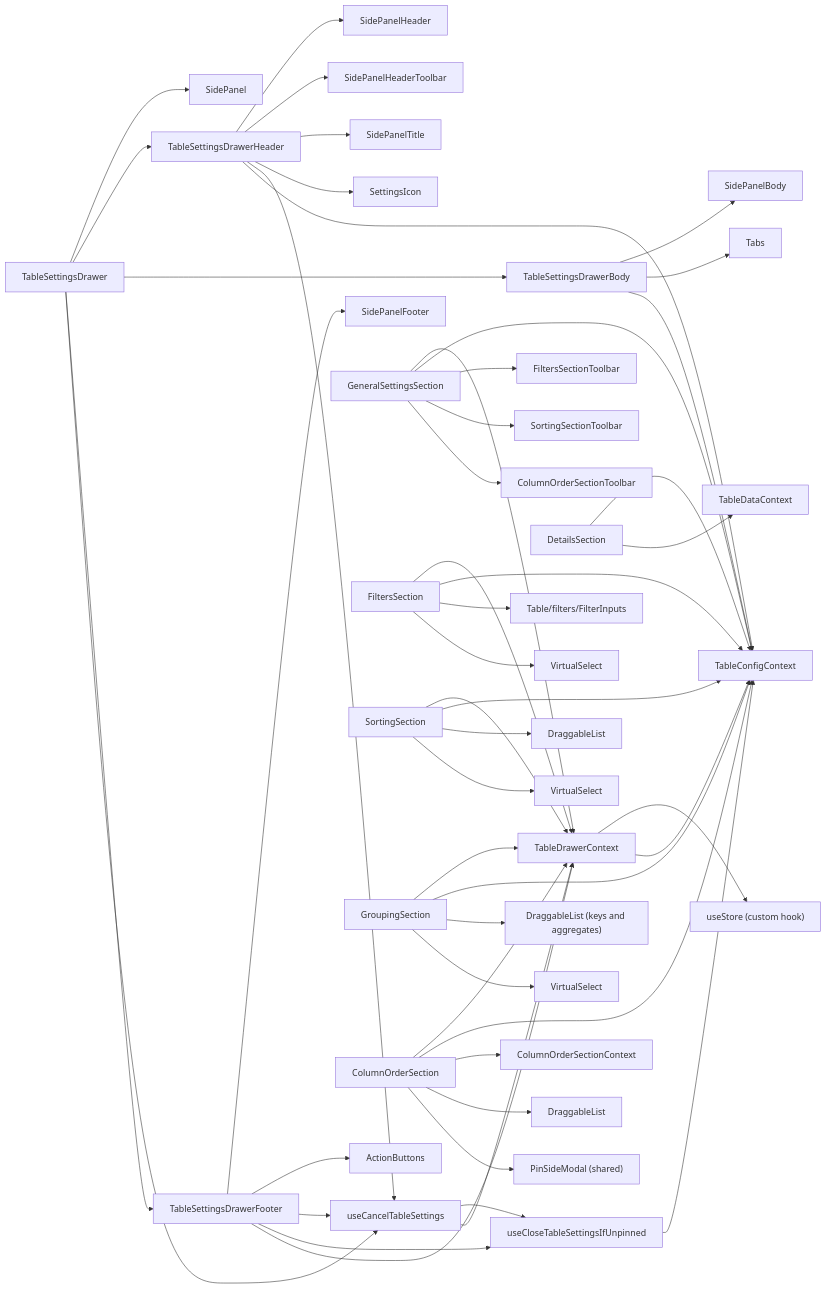
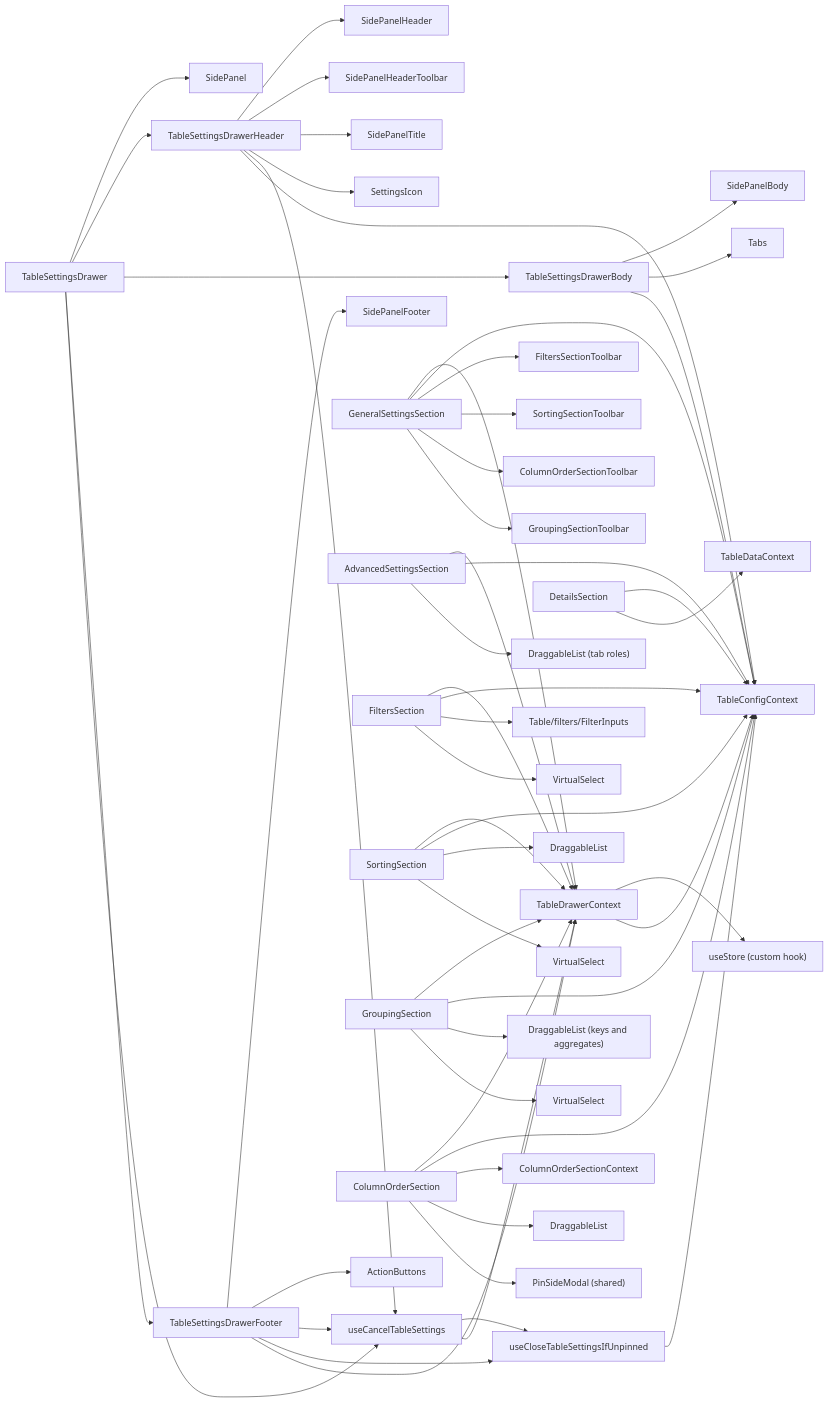
The first of 3 diagrams in packages/ui/src/components/Table/TableSettingsDrawer/ARCHITECTURE.md (luciocabrera/lcabrera-stack), drawn with Mermaid before and after one commit. The commit also changed other lines of this file and 77 other files, not shown here.

First line of the commit message:
feat(ui): move totals and the tab order into an Advanced settings tab

````diff
--- a/packages/ui/src/components/Table/TableSettingsDrawer/ARCHITECTURE.md
+++ b/packages/ui/src/components/Table/TableSettingsDrawer/ARCHITECTURE.md
@@ -132,62 +140,67 @@
 ```mermaid
 graph LR
   TSD["TableSettingsDrawer"] --> SidePanel
   TSD --> TSDHeader["TableSettingsDrawerHeader"]
   TSD --> TSDBody["TableSettingsDrawerBody"]
   TSD --> TSDFooter["TableSettingsDrawerFooter"]
   TSD --> CancelHook["useCancelTableSettings"]
 
   TSDHeader --> SidePanelHeader
   TSDHeader --> SidePanelHeaderToolbar
   TSDHeader --> SidePanelTitle
   TSDHeader --> SettingsIcon
   TSDHeader --> CancelHook
   TSDHeader --> TableConfigContext
 
   TSDBody --> SidePanelBody
   TSDBody --> Tabs
   TSDBody --> TableConfigContext
 
   TSDFooter --> SidePanelFooter
   TSDFooter --> ActionButtons
   TSDFooter --> CancelHook
   TSDFooter --> CloseHook["useCloseTableSettingsIfUnpinned"]
   TSDFooter --> TableDrawerContext
 
   CancelHook --> CloseHook
   CancelHook --> TableDrawerContext
   CloseHook --> TableConfigContext
 
   TableDrawerContext --> useStore["useStore (custom hook)"]
   TableDrawerContext --> TableConfigContext
 
   GeneralSettingsSection --> TableDrawerContext
   GeneralSettingsSection --> TableConfigContext
   GeneralSettingsSection --> FiltersSectionToolbar
   GeneralSettingsSection --> SortingSectionToolbar
   GeneralSettingsSection --> ColumnOrderSectionToolbar
+  GeneralSettingsSection --> GroupingSectionToolbar
+
+  AdvancedSettingsSection --> TableDrawerContext
+  AdvancedSettingsSection --> TableConfigContext
+  AdvancedSettingsSection --> DraggableList4["DraggableList (tab roles)"]
 
   DetailsSection --> TableConfigContext
   DetailsSection --> TableDataContext
 
   FiltersSection --> TableDrawerContext
   FiltersSection --> TableConfigContext
   FiltersSection --> FilterInputs["Table/filters/FilterInputs"]
   FiltersSection --> VirtualSelect
 
   SortingSection --> TableDrawerContext
   SortingSection --> TableConfigContext
   SortingSection --> DraggableList
   SortingSection --> VirtualSelect2["VirtualSelect"]
 
   GroupingSection --> TableDrawerContext
   GroupingSection --> TableConfigContext
   GroupingSection --> DraggableList3["DraggableList (keys and aggregates)"]
   GroupingSection --> VirtualSelect3["VirtualSelect"]
 
   ColumnOrderSection --> TableDrawerContext
   ColumnOrderSection --> TableConfigContext
   ColumnOrderSection --> ColumnOrderSectionContext
   ColumnOrderSection --> DraggableList2["DraggableList"]
   ColumnOrderSection --> PinSideModal["PinSideModal (shared)"]
 ```
````
